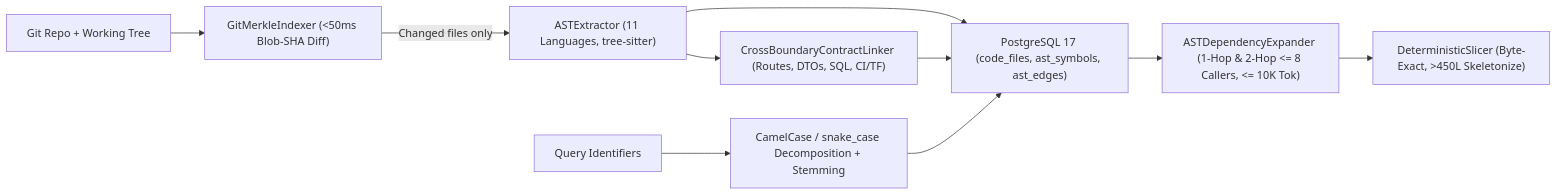
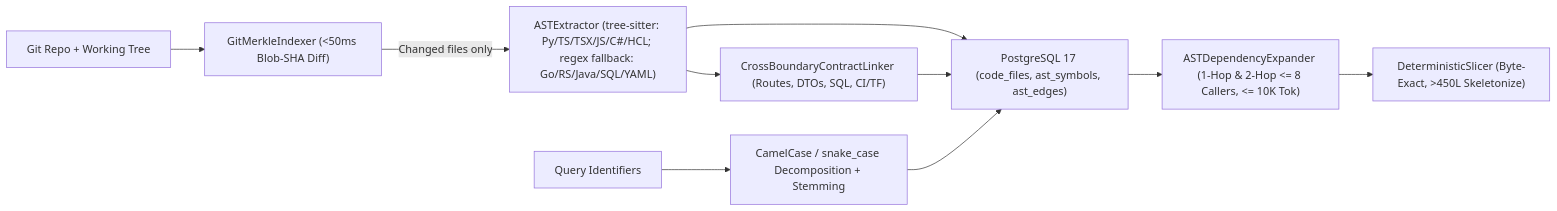
Before and after one commit to himanshu2408/enterprise-context-scout: the second of 2 diagrams in docs/ARCHITECTURE_DEEP_DIVE.md, drawn with Mermaid. The commit also changed other lines of this file and 4 other files, not shown here.

````diff
--- a/docs/ARCHITECTURE_DEEP_DIVE.md
+++ b/docs/ARCHITECTURE_DEEP_DIVE.md
@@ -66,12 +66,12 @@
 ```mermaid
 flowchart LR
     Git["Git Repo + Working Tree"] --> Merkle["GitMerkleIndexer (<50ms Blob-SHA Diff)"]
-    Merkle -->|"Changed files only"| AST["ASTExtractor (11 Languages, tree-sitter)"]
+    Merkle -->|"Changed files only"| AST["ASTExtractor (tree-sitter: Py/TS/TSX/JS/C#/HCL; regex fallback: Go/RS/Java/SQL/YAML)"]
     AST --> Linker["CrossBoundaryContractLinker (Routes, DTOs, SQL, CI/TF)"]
     AST --> PG["PostgreSQL 17 (code_files, ast_symbols, ast_edges)"]
     Linker --> PG
     Query["Query Identifiers"] --> Decomp["CamelCase / snake_case Decomposition + Stemming"]
     Decomp --> PG
     PG --> Expand["ASTDependencyExpander (1-Hop & 2-Hop <= 8 Callers, <= 10K Tok)"]
     Expand --> Slicer["DeterministicSlicer (Byte-Exact, >450L Skeletonize)"]
 ```
````
